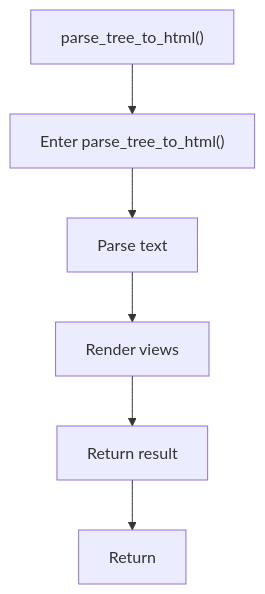
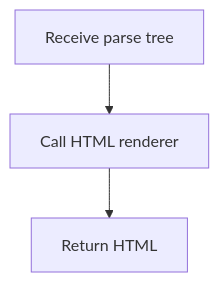
The ninth of 9 diagrams in docs/Codebase/Microservice/Modules/Source/Trees/ClassGeneration/Actual/core.cpp.md (JohnAndrewBalbarosa/NeoTerritory), drawn with Mermaid before and after one commit. The commit also changed other lines of this file and 915 other files, not shown here.

````diff
--- a/docs/Codebase/Microservice/Modules/Source/Trees/ClassGeneration/Actual/core.cpp.md
+++ b/docs/Codebase/Microservice/Modules/Source/Trees/ClassGeneration/Actual/core.cpp.md
@@ -306,14 +142,7 @@
 ```mermaid
 flowchart TD
-    Start["parse_tree_to_html()"]
-    N0["Enter parse_tree_to_html()"]
-    N1["Parse text"]
-    N2["Render views"]
-    N3["Return result"]
-    End["Return"]
-    Start --> N0
-    N0 --> N1
-    N1 --> N2
-    N2 --> N3
-    N3 --> End
+    N0["Receive parse tree"]
+    N1["Call HTML renderer"]
+    N2["Return HTML"]
+    N0 --> N1 --> N2
 ```
````
